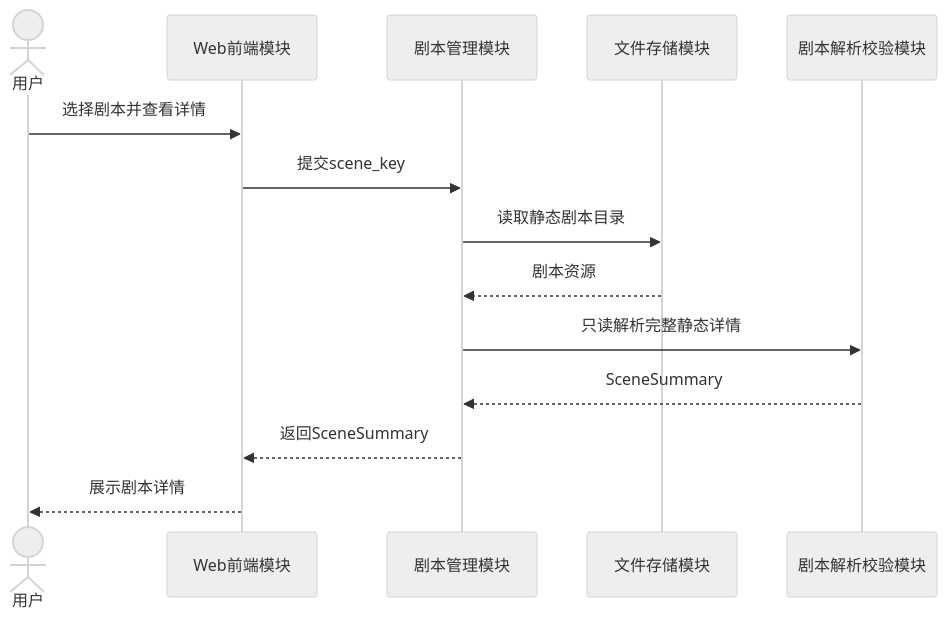
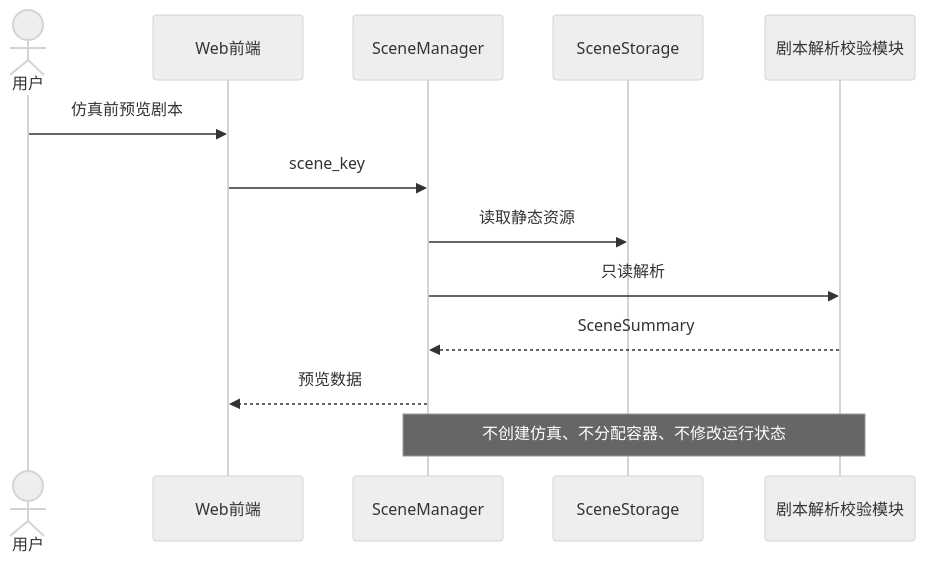
Before and after one commit to RIVERS0FT/AgentNetwork: the third of 4 diagrams in docs/剧本管理设计.md, drawn with Mermaid (neutral theme). The commit also changed other lines of this file, not shown here.

````diff
--- a/docs/剧本管理设计.md
+++ b/docs/剧本管理设计.md
@@ -355,17 +304,16 @@
 ```mermaid
 sequenceDiagram
     actor User as 用户
-    participant Web as Web前端模块
-    participant SceneMgr as 剧本管理模块
-    participant Store as 文件存储模块
+    participant Web as Web前端
+    participant SceneMgr as SceneManager
+    participant Store as SceneStorage
     participant Parser as 剧本解析校验模块
 
-    User->>Web: 选择剧本并查看详情
-    Web->>SceneMgr: 提交scene_key
-    SceneMgr->>Store: 读取静态剧本目录
-    Store-->>SceneMgr: 剧本资源
-    SceneMgr->>Parser: 只读解析完整静态详情
+    User->>Web: 仿真前预览剧本
+    Web->>SceneMgr: scene_key
+    SceneMgr->>Store: 读取静态资源
+    SceneMgr->>Parser: 只读解析
     Parser-->>SceneMgr: SceneSummary
-    SceneMgr-->>Web: 返回SceneSummary
-    Web-->>User: 展示剧本详情
+    SceneMgr-->>Web: 预览数据
+    Note over SceneMgr,Parser: 不创建仿真、不分配容器、不修改运行状态
 ```
````
